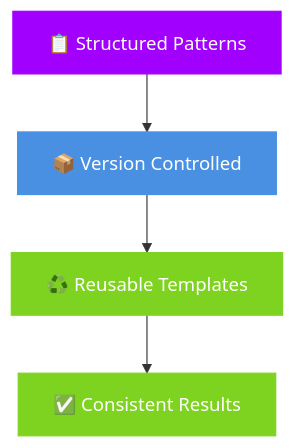
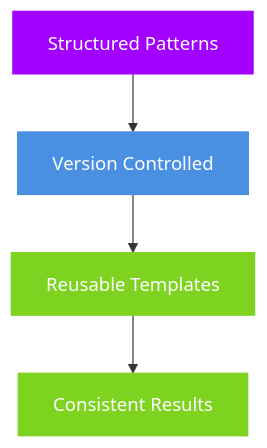
One commit to josephrobertlopez/prompt-engineering-bootcamp changed the third of 6 diagrams in bootcamp-materials/presentations/SESSION-1-industry-standards-ENHANCED.md. Above: the diagram before and after it, drawn with Mermaid. The commit also changed other lines of this file and 1 other file, not shown here.

First line of the commit message:
Fix Mermaid syntax errors in SESSION-1 presentation

````diff
--- a/bootcamp-materials/presentations/SESSION-1-industry-standards-ENHANCED.md
+++ b/bootcamp-materials/presentations/SESSION-1-industry-standards-ENHANCED.md
@@ -88,11 +88,11 @@
 ```mermaid
 flowchart TD
-    STRUCT[📋 Structured Patterns] --> VERSIONED[📦 Version Controlled]
-    VERSIONED --> REUSE[♻️ Reusable Templates]
-    REUSE --> CONSISTENT[✅ Consistent Results]
+    STRUCT[Structured Patterns] --> VERSIONED[Version Controlled]
+    VERSIONED --> REUSE[Reusable Templates]
+    REUSE --> CONSISTENT[Consistent Results]
 
     style STRUCT fill:#A100FF,stroke:#A100FF,color:#fff
     style VERSIONED fill:#4A90E2,stroke:#4A90E2,color:#fff
     style REUSE fill:#7ED321,stroke:#7ED321,color:#fff
     style CONSISTENT fill:#7ED321,stroke:#7ED321,color:#fff
 ```
````
